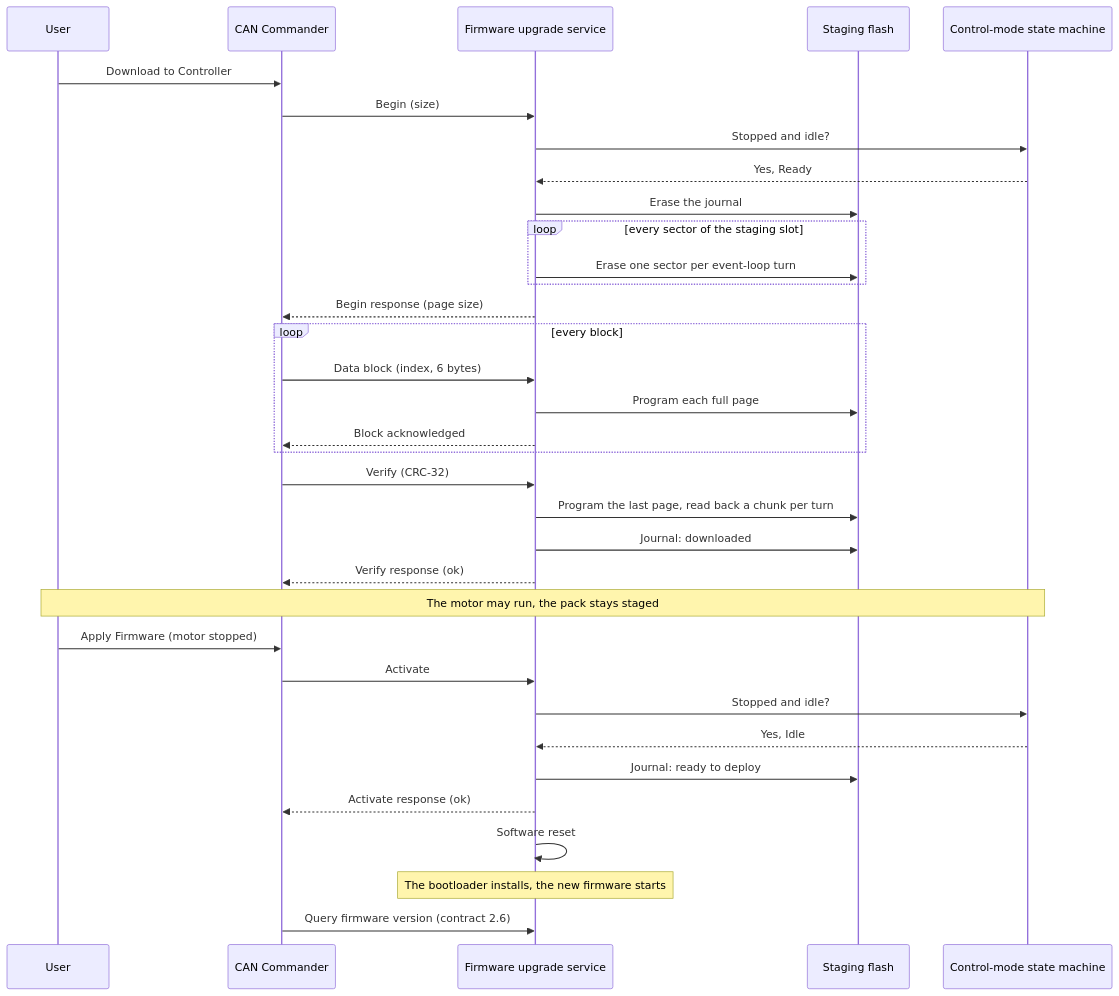
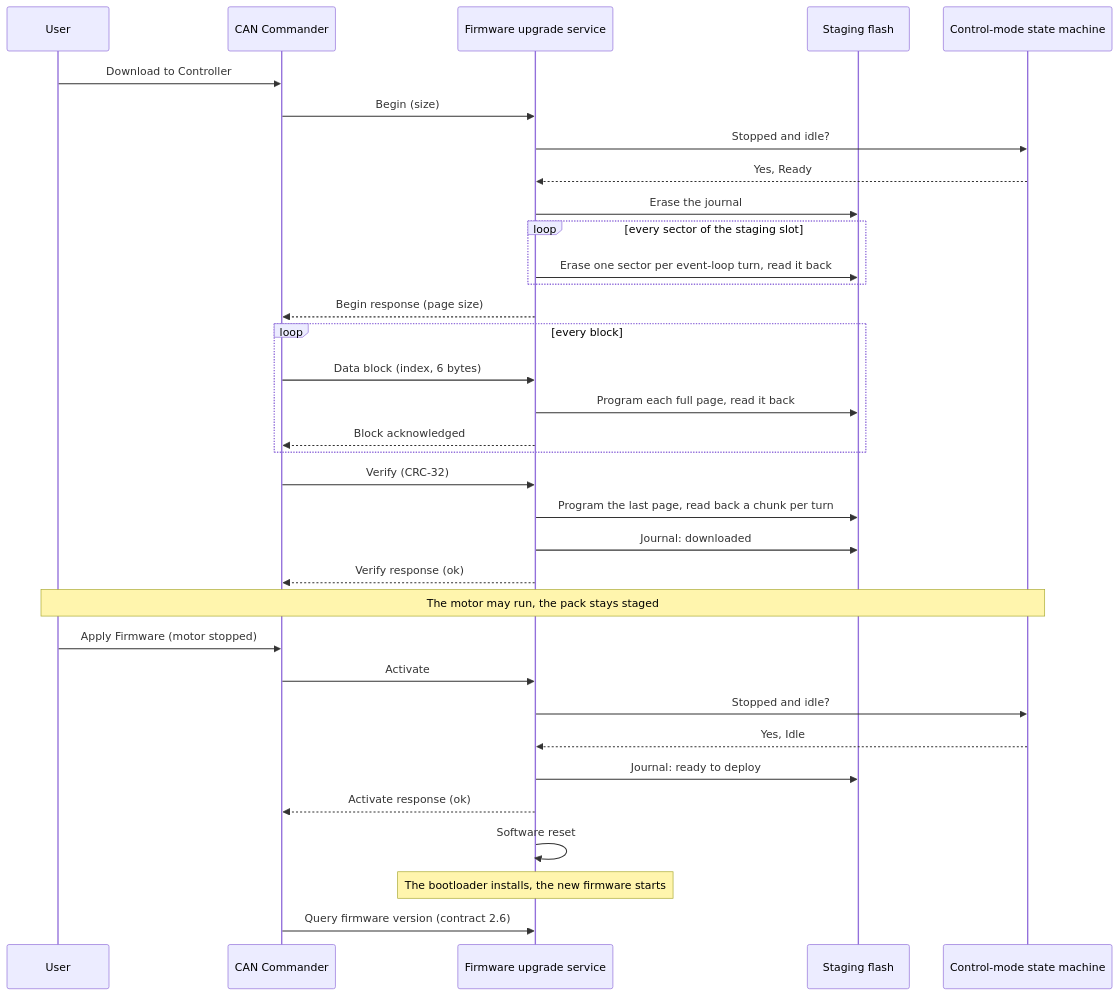
The second of 3 diagrams in documentation/design/service-firmware-upgrade.md (embedded-pro/e-foc), drawn with Mermaid before and after one commit. The commit also changed other lines of this file, not shown here.

First line of the commit message:
docs(firmware-upgrade): the read-back of erased sectors and programmed pages

````diff
--- a/documentation/design/service-firmware-upgrade.md
+++ b/documentation/design/service-firmware-upgrade.md
@@ -353,36 +360,36 @@
 ```mermaid
 sequenceDiagram
     participant User
     participant Client as CAN Commander
     participant Service as Firmware upgrade service
     participant Staging as Staging flash
     participant Drive as Control-mode state machine
     User->>Client: Download to Controller
     Client->>Service: Begin (size)
     Service->>Drive: Stopped and idle?
     Drive-->>Service: Yes, Ready
     Service->>Staging: Erase the journal
     loop every sector of the staging slot
-        Service->>Staging: Erase one sector per event-loop turn
+        Service->>Staging: Erase one sector per event-loop turn, read it back
     end
     Service-->>Client: Begin response (page size)
     loop every block
         Client->>Service: Data block (index, 6 bytes)
-        Service->>Staging: Program each full page
+        Service->>Staging: Program each full page, read it back
         Service-->>Client: Block acknowledged
     end
     Client->>Service: Verify (CRC-32)
     Service->>Staging: Program the last page, read back a chunk per turn
     Service->>Staging: Journal: downloaded
     Service-->>Client: Verify response (ok)
     Note over User,Drive: The motor may run, the pack stays staged
     User->>Client: Apply Firmware (motor stopped)
     Client->>Service: Activate
     Service->>Drive: Stopped and idle?
     Drive-->>Service: Yes, Idle
     Service->>Staging: Journal: ready to deploy
     Service-->>Client: Activate response (ok)
     Service->>Service: Software reset
     Note over Service: The bootloader installs, the new firmware starts
     Client->>Service: Query firmware version (contract 2.6)
 ```
````
